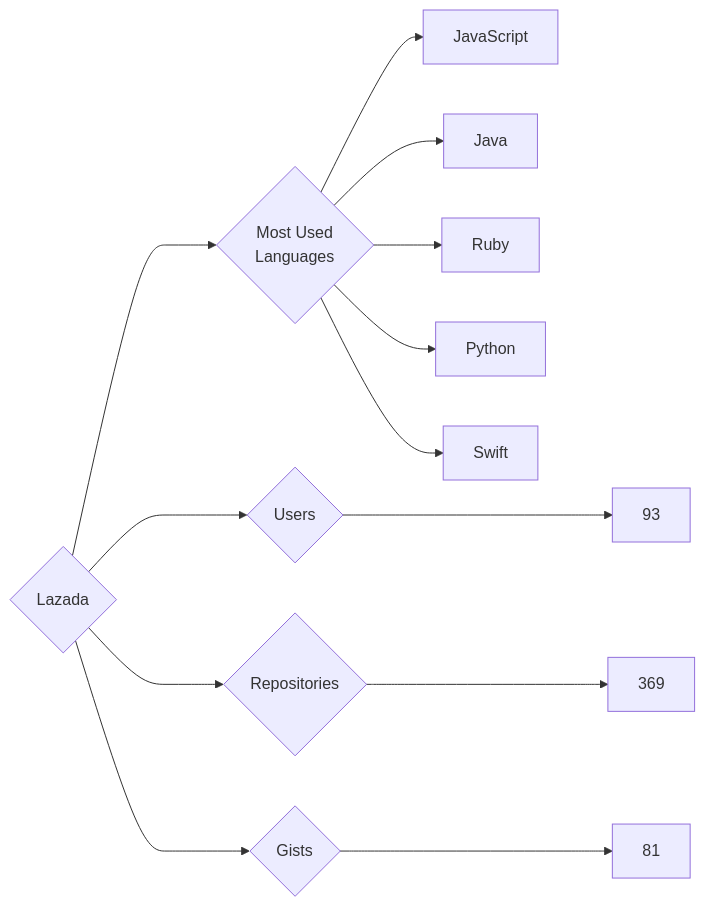
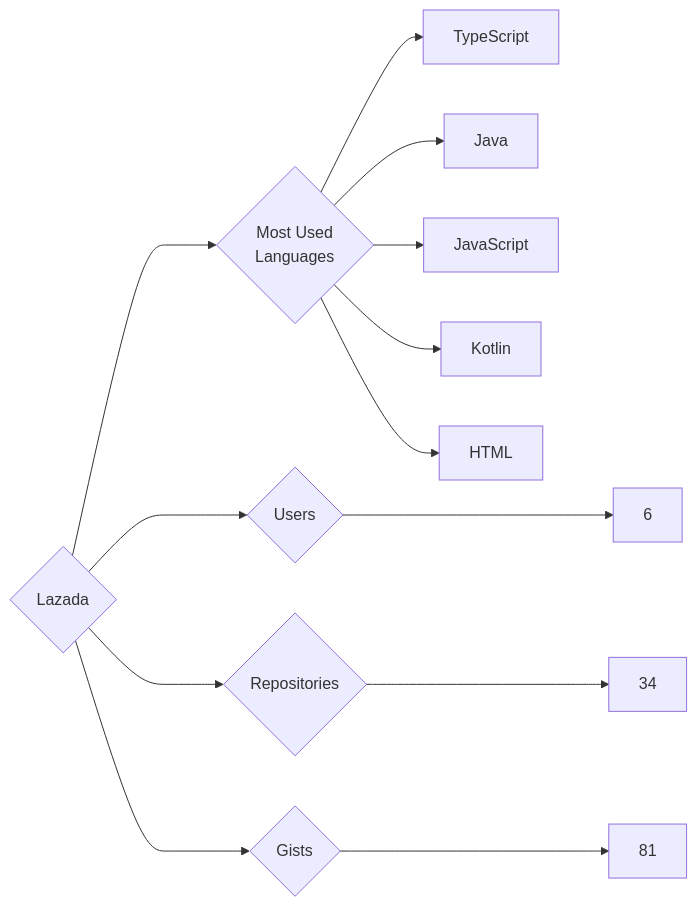
Before and after one commit to trickest/insiders: the diagram in targets/Lazada/README.md, drawn with Mermaid. The commit also changed 1248 other files, not shown here.

````diff
--- a/targets/Lazada/README.md
+++ b/targets/Lazada/README.md
@@ -3,13 +3,13 @@
 ```mermaid
 graph LR
 COMPANY_NAME{Lazada}
-COMPANY_NAME ---> U{Users} ---> UN[93]
-COMPANY_NAME ---> R{Repositories} ---> RN[369]
+COMPANY_NAME ---> U{Users} ---> UN[6]
+COMPANY_NAME ---> R{Repositories} ---> RN[34]
 COMPANY_NAME ---> G{Gists} ---> GN[81]
 COMPANY_NAME ---> ML{Most Used<br>Languages}
+ML --> TypeScript[TypeScript]
+ML --> Java[Java]
 ML --> JavaScript[JavaScript]
-ML --> Java[Java]
-ML --> Ruby[Ruby]
-ML --> Python[Python]
-ML --> Swift[Swift]
+ML --> Kotlin[Kotlin]
+ML --> HTML[HTML]
 ```
````
